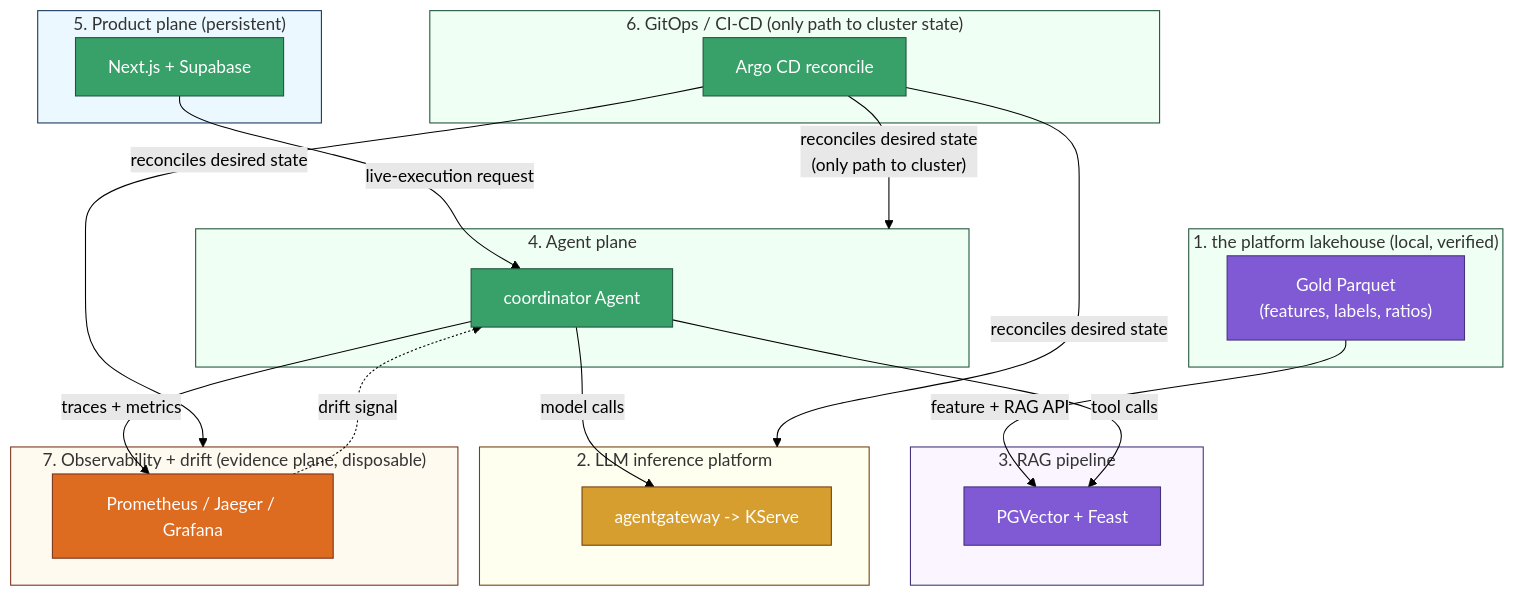
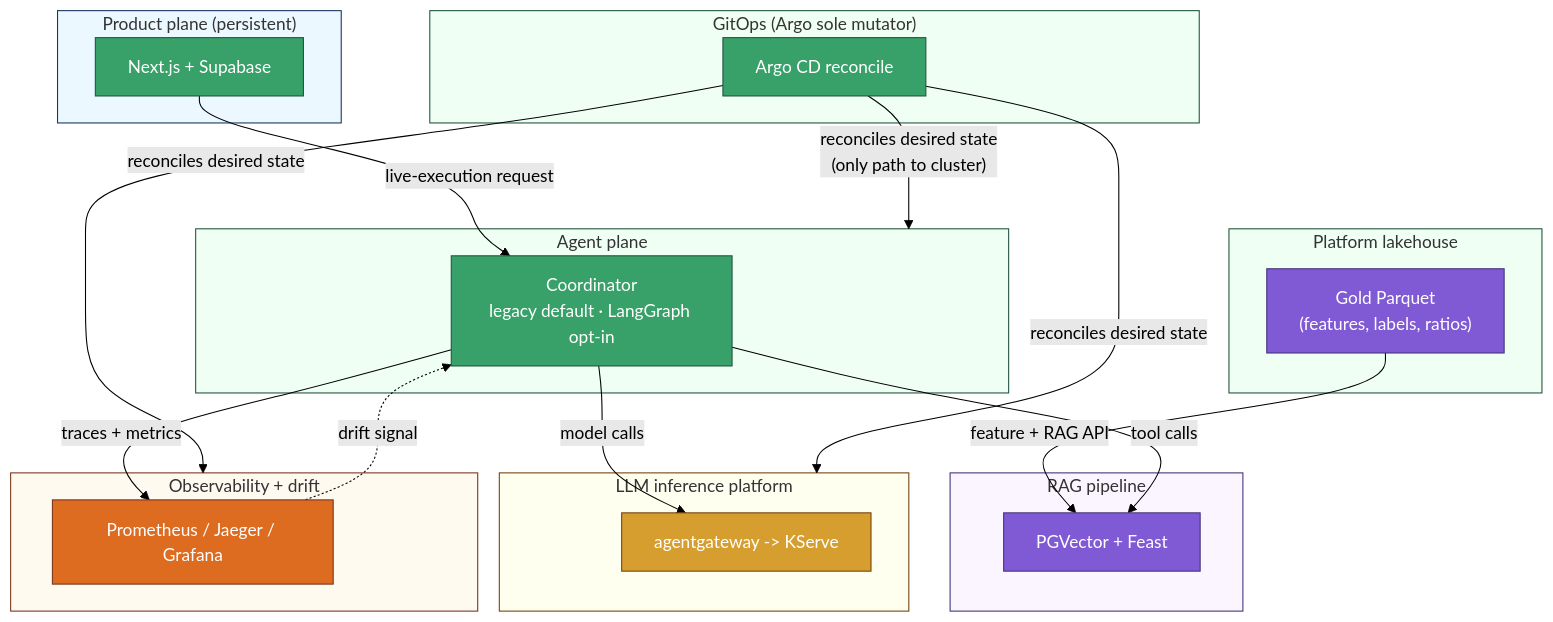
Before and after one commit to emanhthangngot/Financial-Distress-Data: the diagram in docs/architecture/system-overview.mmd, drawn with Mermaid (forest theme). The commit also changed 413 other files, not shown here.

```diff
--- a/docs/architecture/system-overview.mmd
+++ b/docs/architecture/system-overview.mmd
@@ -1,55 +1,55 @@
 %% Composed system diagram — README hero image. Subgraph-level only; each
 %% subgraph corresponds to one subsystem-NN-*.mmd source. Cross-boundary
 %% contracts are the labeled edges between subgraphs.
 flowchart TB
     classDef edge fill:#2b6cb0,stroke:#1a365d,color:#fff
     classDef service fill:#38a169,stroke:#22543d,color:#fff
     classDef store fill:#805ad5,stroke:#44337a,color:#fff
     classDef model fill:#d69e2e,stroke:#744210,color:#fff
     classDef result fill:#dd6b20,stroke:#7b341e,color:#fff
 
-    subgraph L1["1. the platform lakehouse (local, verified)"]
+    subgraph L1["Platform lakehouse"]
         GOLD["Gold Parquet<br/>(features, labels, ratios)"]:::store
     end
 
-    subgraph L5["5. Product plane (persistent)"]
+    subgraph L5["Product plane (persistent)"]
         NEXTJS["Next.js + Supabase"]:::service
     end
 
-    subgraph L4["4. Agent plane"]
-        COORD["coordinator Agent"]:::service
+    subgraph L4["Agent plane"]
+        COORD["Coordinator<br/>legacy default · LangGraph opt-in"]:::service
     end
 
-    subgraph L3["3. RAG pipeline"]
+    subgraph L3["RAG pipeline"]
         RAGSTORE["PGVector + Feast"]:::store
     end
 
-    subgraph L2["2. LLM inference platform"]
+    subgraph L2["LLM inference platform"]
         GATEWAY["agentgateway -> KServe"]:::model
     end
 
-    subgraph L6["6. GitOps / CI-CD (only path to cluster state)"]
+    subgraph L6["GitOps (Argo sole mutator)"]
         ARGO["Argo CD reconcile"]:::service
     end
 
-    subgraph L7["7. Observability + drift (evidence plane, disposable)"]
+    subgraph L7["Observability + drift"]
         OBS["Prometheus / Jaeger / Grafana"]:::result
     end
 
     GOLD -->|"feature + RAG API"| RAGSTORE
     NEXTJS -->|"live-execution request"| COORD
     COORD -->|"tool calls"| RAGSTORE
     COORD -->|"model calls"| GATEWAY
     COORD -->|"traces + metrics"| OBS
     ARGO -->|"reconciles desired state<br/>(only path to cluster)"| L4
     ARGO -->|"reconciles desired state"| L2
     ARGO -->|"reconciles desired state"| L7
     OBS -.->|"drift signal"| COORD
 
     style L1 fill:#f0fff4,stroke:#22543d
     style L5 fill:#ebf8ff,stroke:#1a365d
     style L4 fill:#f0fff4,stroke:#22543d
     style L3 fill:#faf5ff,stroke:#44337a
     style L2 fill:#fffff0,stroke:#744210
     style L6 fill:#f0fff4,stroke:#22543d
     style L7 fill:#fffaf0,stroke:#7b341e
```
